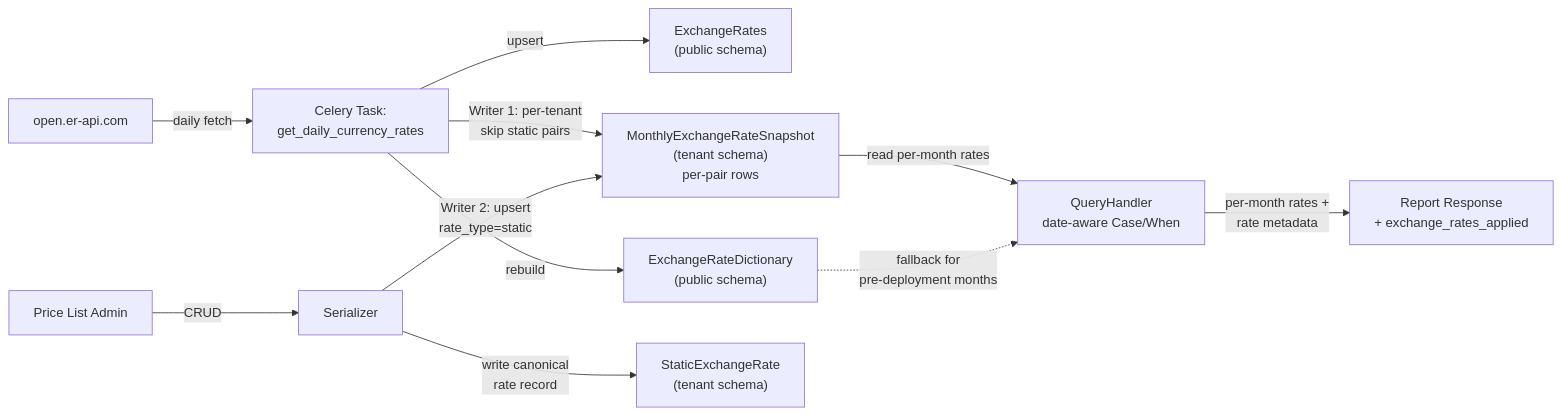
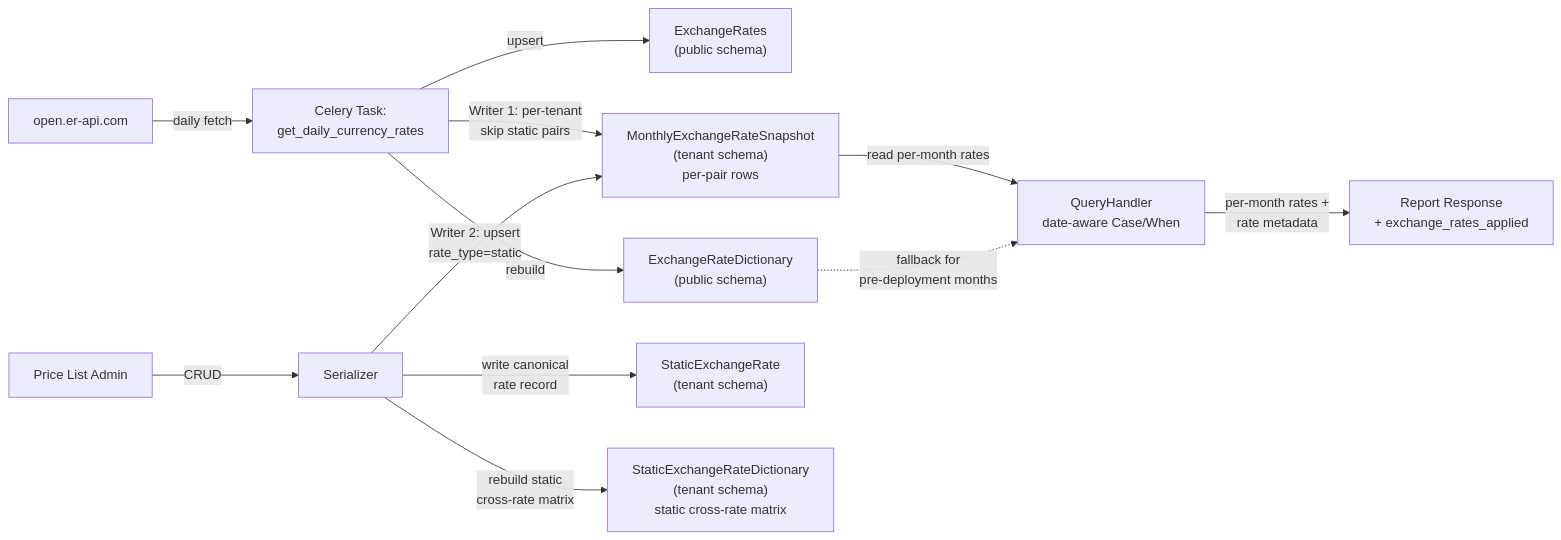
One commit to project-koku/koku changed the second of 2 diagrams in docs/architecture/constant-currency/README.md. Above: the diagram before and after it, drawn with Mermaid. The commit also changed other lines of this file and 4 other files, not shown here.

First line of the commit message:
COST-7252: add StaticExchangeRateDictionary to architecture docs

````diff
--- a/docs/architecture/constant-currency/README.md
+++ b/docs/architecture/constant-currency/README.md
@@ -160,13 +160,14 @@
 ```mermaid
 graph LR
     API["open.er-api.com"] -->|daily fetch| CT["Celery Task:<br/>get_daily_currency_rates"]
     CT -->|upsert| ER["ExchangeRates<br/>(public schema)"]
     CT -->|rebuild| ERD["ExchangeRateDictionary<br/>(public schema)"]
     CT -->|"Writer 1: per-tenant<br/>skip static pairs"| SNAP["MonthlyExchangeRateSnapshot<br/>(tenant schema)<br/>per-pair rows"]
     SNAP -->|read per-month rates| QH["QueryHandler<br/>date-aware Case/When"]
     QH -->|"per-month rates +<br/>rate metadata"| REPORT["Report Response<br/>+ exchange_rates_applied"]
     ERD -.->|"fallback for<br/>pre-deployment months"| QH
     USER["Price List Admin"] -->|CRUD| SER["Serializer"]
     SER -->|"write canonical<br/>rate record"| STATIC["StaticExchangeRate<br/>(tenant schema)"]
     SER -->|"Writer 2: upsert<br/>rate_type=static"| SNAP
+    SER -->|"rebuild static<br/>cross-rate matrix"| SERD["StaticExchangeRateDictionary<br/>(tenant schema)<br/>static cross-rate matrix"]
 ```
````
